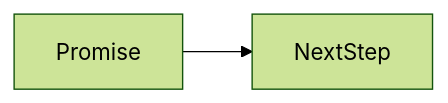
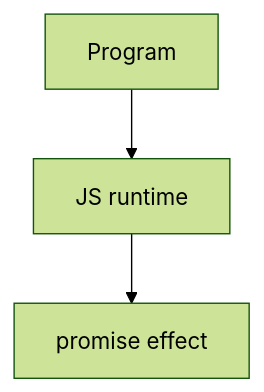
The second of 2 diagrams in docs/en/06-javascript/promise/index.md (OmidJavaherii/Frontend-Engineering-Handbook), drawn with Mermaid (forest theme) before and after one commit. The commit also changed other lines of this file and 461 other files, not shown here.

````diff
--- a/docs/en/06-javascript/promise/index.md
+++ b/docs/en/06-javascript/promise/index.md
@@ -97,4 +112,5 @@
 ```mermaid
-flowchart LR
-  concept[Promise] --> nextStep[NextStep]
+flowchart TD
+  Code[Program] --> Runtime[JS runtime]
+  Runtime --> Effect[promise effect]
 ```
````
